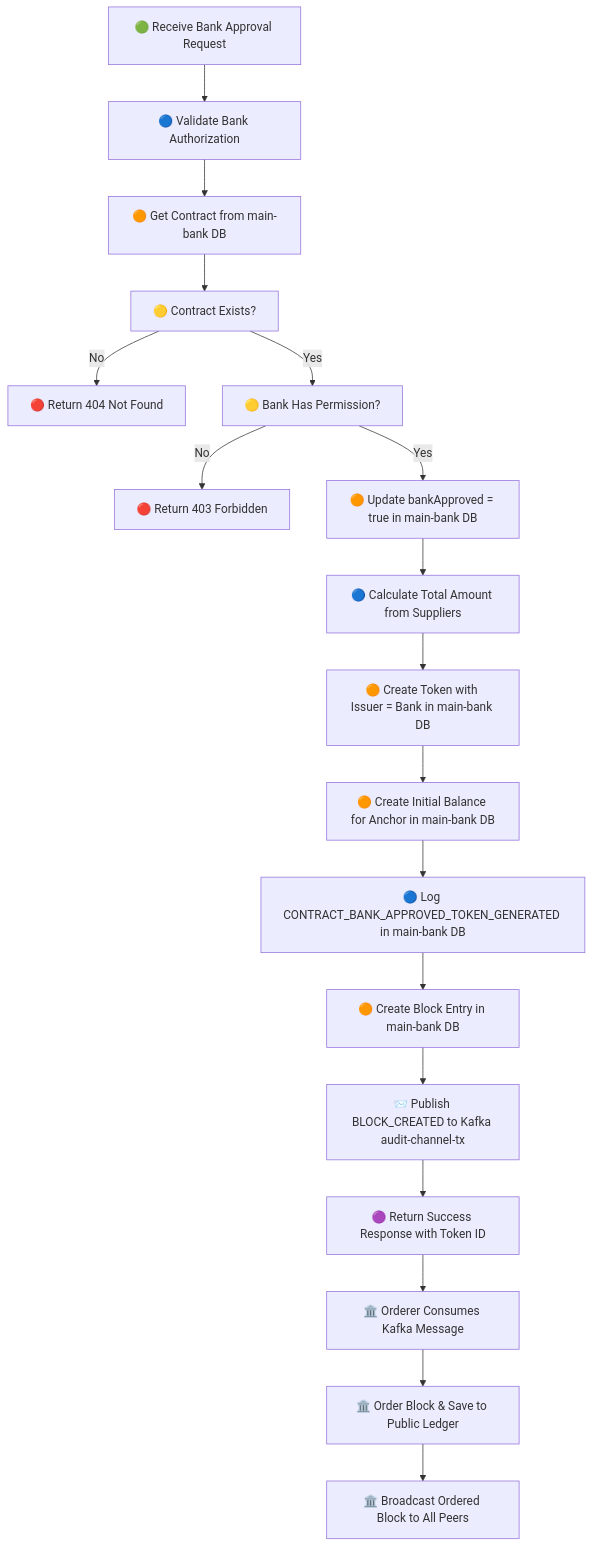
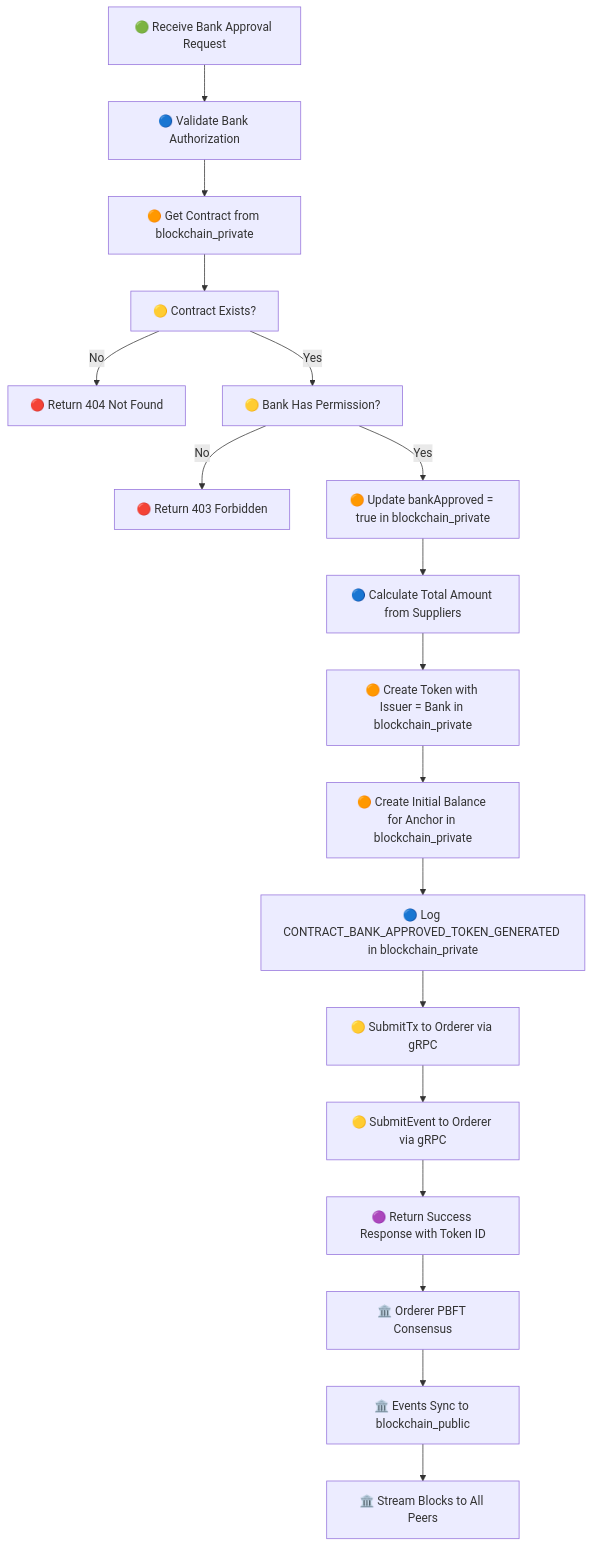
Before and after one commit to trunghc97/blockchain: the second of 19 diagrams in API_Flow_Diagrams.md, drawn with Mermaid. The commit also changed other lines of this file and 26 other files, not shown here.

````diff
--- a/API_Flow_Diagrams.md
+++ b/API_Flow_Diagrams.md
@@ -54,21 +55,21 @@
 ```mermaid
 flowchart TD
     A[🟢 Receive Bank Approval Request] --> B[🔵 Validate Bank Authorization]
-    B --> C[🟠 Get Contract from main-bank DB]
+    B --> C[🟠 Get Contract from blockchain_private]
     C --> D[🟡 Contract Exists?]
     D -->|No| E[🔴 Return 404 Not Found]
     D -->|Yes| F[🟡 Bank Has Permission?]
     F -->|No| G[🔴 Return 403 Forbidden]
-    F -->|Yes| H[🟠 Update bankApproved = true in main-bank DB]
+    F -->|Yes| H[🟠 Update bankApproved = true in blockchain_private]
     H --> I[🔵 Calculate Total Amount from Suppliers]
-    I --> J[🟠 Create Token with Issuer = Bank in main-bank DB]
-    J --> K[🟠 Create Initial Balance for Anchor in main-bank DB]
-    K --> L[🔵 Log CONTRACT_BANK_APPROVED_TOKEN_GENERATED in main-bank DB]
-    L --> M[🟠 Create Block Entry in main-bank DB]
-    M --> N[📨 Publish BLOCK_CREATED to Kafka audit-channel-tx]
+    I --> J[🟠 Create Token with Issuer = Bank in blockchain_private]
+    J --> K[🟠 Create Initial Balance for Anchor in blockchain_private]
+    K --> L[🔵 Log CONTRACT_BANK_APPROVED_TOKEN_GENERATED in blockchain_private]
+    L --> M[🟡 SubmitTx to Orderer via gRPC]
+    M --> N[🟡 SubmitEvent to Orderer via gRPC]
     N --> O[🟣 Return Success Response with Token ID]
 
-    O --> P[🏛️ Orderer Consumes Kafka Message]
-    P --> Q[🏛️ Order Block & Save to Public Ledger]
-    Q --> R[🏛️ Broadcast Ordered Block to All Peers]
+    O --> P[🏛️ Orderer PBFT Consensus]
+    P --> Q[🏛️ Events Sync to blockchain_public]
+    Q --> R[🏛️ Stream Blocks to All Peers]
 ```
````
